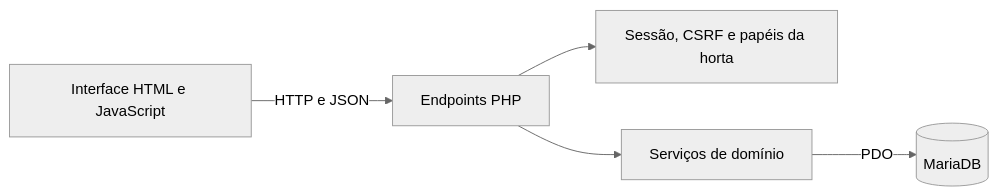
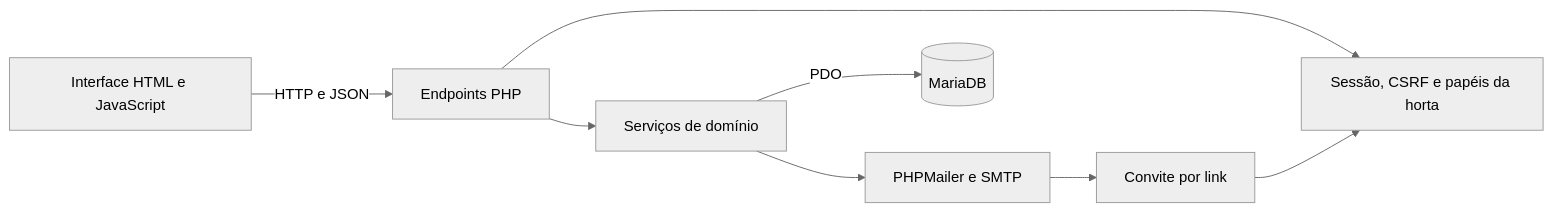
Before and after one commit to Felipe-Dalge/Projeto-Hydroponex-4o-semestre: the diagram in docs/arquitetura/README.md, drawn with Mermaid (neutral theme). The commit also changed other lines of this file and 32 other files, not shown here.

````diff
--- a/docs/arquitetura/README.md
+++ b/docs/arquitetura/README.md
@@ -5,7 +5,10 @@
 ```mermaid
 flowchart LR
     UI[Interface HTML e JavaScript] -->|HTTP e JSON| API[Endpoints PHP]
     API --> AUTH[Sessão, CSRF e papéis da horta]
     API --> SERVICES[Serviços de domínio]
     SERVICES -->|PDO| DB[(MariaDB)]
+    SERVICES --> MAIL[PHPMailer e SMTP]
+    MAIL --> LINK[Convite por link]
+    LINK --> AUTH
 ```
````
